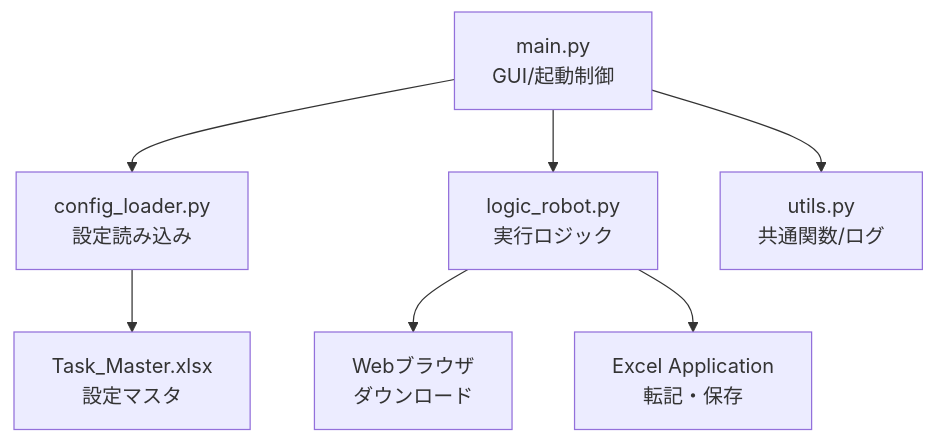
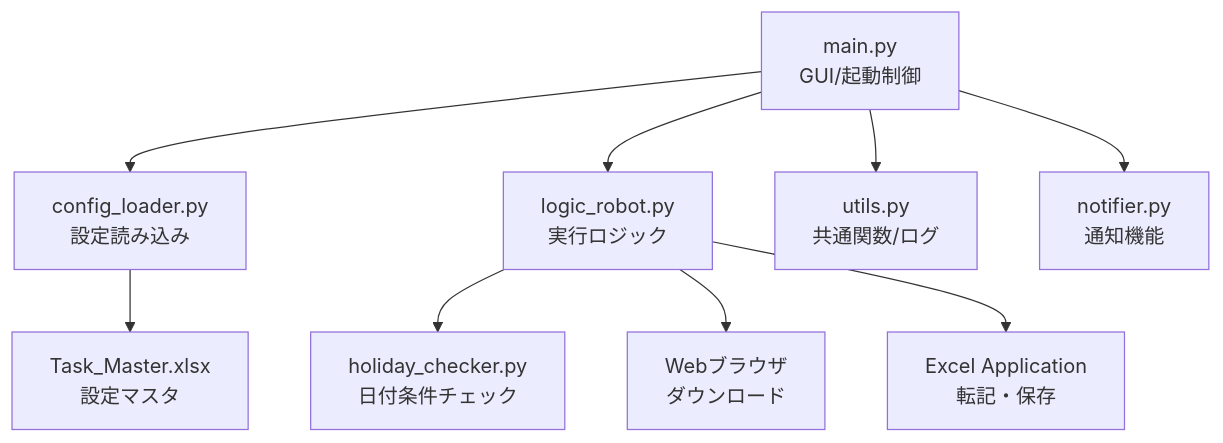
The diagram in docs/specification.md (tk-daisuke/kai_system), drawn with Mermaid before and after one commit. The commit also changed other lines of this file and 9 other files, not shown here.

````diff
--- a/docs/specification.md
+++ b/docs/specification.md
@@ -16,9 +17,11 @@
 ```mermaid
 graph TD
     Main[main.py<br/>GUI/起動制御] --> Config[config_loader.py<br/>設定読み込み]
     Main --> Robot[logic_robot.py<br/>実行ロジック]
     Main --> Utils[utils.py<br/>共通関数/ログ]
+    Main --> Notifier[notifier.py<br/>通知機能]
     Config --> Excel[Task_Master.xlsx<br/>設定マスタ]
+    Robot --> Holiday[holiday_checker.py<br/>日付条件チェック]
     Robot --> Browser[Webブラウザ<br/>ダウンロード]
     Robot --> ExcelApp[Excel Application<br/>転記・保存]
 ```
````
